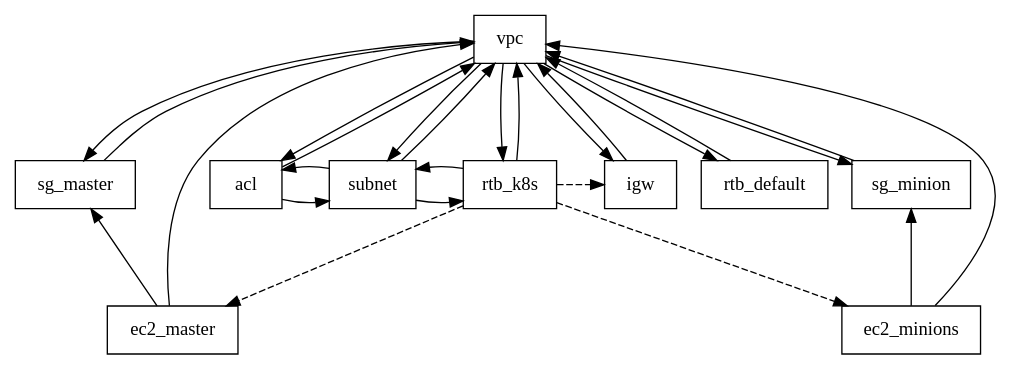
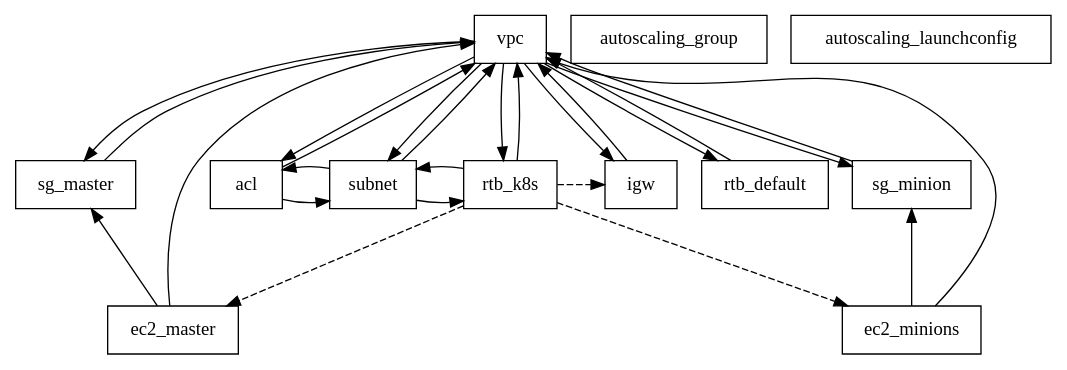
One commit to weaveworks/service changed the diagram in infra/aws-net.dot. Above: the diagram before and after it, drawn with Graphviz. The commit also changed 5 other files, not shown here.

```diff
--- a/infra/aws-net.dot
+++ b/infra/aws-net.dot
@@ -1,43 +1,46 @@
 digraph G {
     node [shape=rect];
     edge [minlen=2];
 
     {rank=same; vpc;}
     {rank=same; sg_master; sg_minion; acl; subnet; igw; rtb_k8s; rtb_default;}
     {rank=same; ec2_master; ec2_minions;}
+
+    autoscaling_group;
+    autoscaling_launchconfig;
 
 	vpc -> sg_master;
 	vpc -> sg_minion;
 	vpc -> acl;
 	vpc -> subnet;
 	vpc -> igw;
 	vpc -> rtb_k8s;
 	vpc -> rtb_default;
 
 	sg_master -> vpc;
 
 	sg_minion -> vpc;
 
 	acl -> vpc;
 	acl -> subnet;
 
 	subnet -> vpc;
 	subnet -> acl;
 	subnet -> rtb_k8s;
 
 	igw -> vpc;
 
 	rtb_k8s -> vpc;
 	rtb_k8s -> subnet;
 	rtb_k8s -> igw         [style=dashed];
 	rtb_k8s -> ec2_minions [style=dashed];
 	rtb_k8s -> ec2_master  [style=dashed];
 
 	rtb_default -> vpc;
 
 	ec2_minions -> vpc;
 	ec2_minions -> sg_minion;
 
 	ec2_master -> vpc;
 	ec2_master -> sg_master;
 }
```
